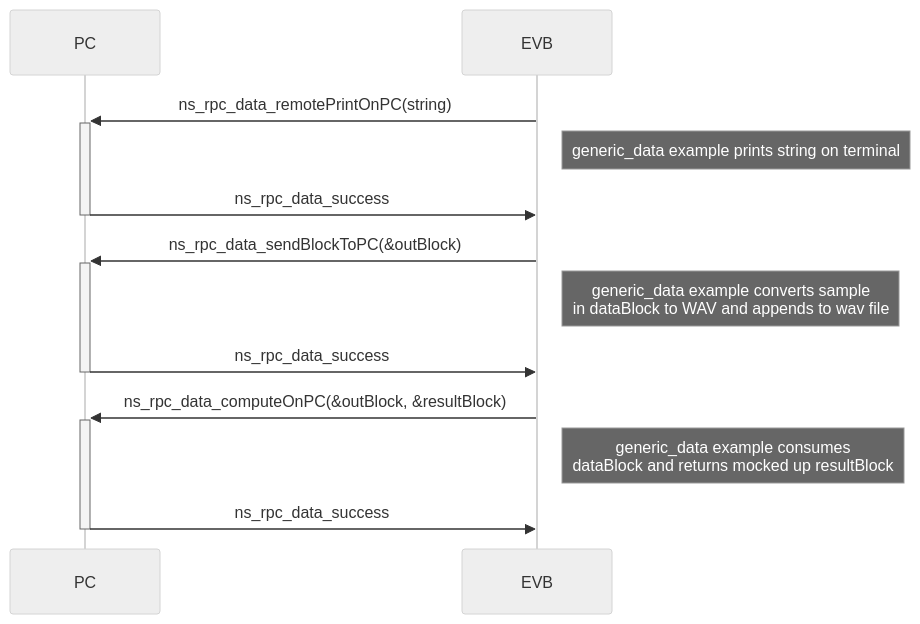
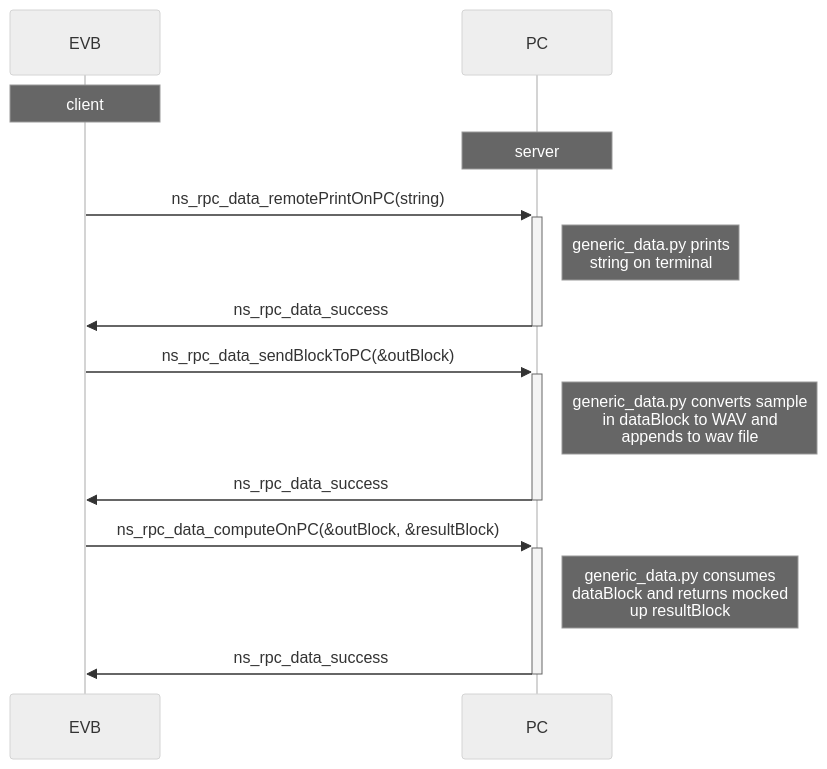
One commit to AmbiqAI/neuralSPOT changed the diagram in examples/rpc_client_example/rpc-client.md. Above: the diagram before and after it, drawn with Mermaid (neutral theme). The commit also changed other lines of this file and 3692 other files, not shown here.

````diff
--- a/examples/rpc_client_example/rpc-client.md
+++ b/examples/rpc_client_example/rpc-client.md
@@ -45,14 +6,16 @@
 ```mermaid
 sequenceDiagram
+    participant EVB
     participant PC
-    participant EVB
+    note over EVB: client
+    note over PC: server
     EVB->>+PC: ns_rpc_data_remotePrintOnPC(string)
-    note right of EVB: generic_data example prints string on terminal;
+    note right of PC: generic_data.py prints<br/> string on terminal;
     PC->>-EVB: ns_rpc_data_success;
     EVB->>+PC: ns_rpc_data_sendBlockToPC(&outBlock);
-    Note right of EVB: generic_data example converts sample<br>  in dataBlock to WAV and appends to wav file;
+    Note right of PC: generic_data.py converts sample<br>  in dataBlock to WAV and <br/>appends to wav file;
     PC->>-EVB: ns_rpc_data_success
     EVB->>+PC: ns_rpc_data_computeOnPC(&outBlock, &resultBlock)
-    Note right of EVB: generic_data example consumes <br/> dataBlock and returns mocked up resultBlock
+    Note right of PC: generic_data.py consumes <br/> dataBlock and returns mocked<br/> up resultBlock
     PC->>-EVB: ns_rpc_data_success
 ```
````
